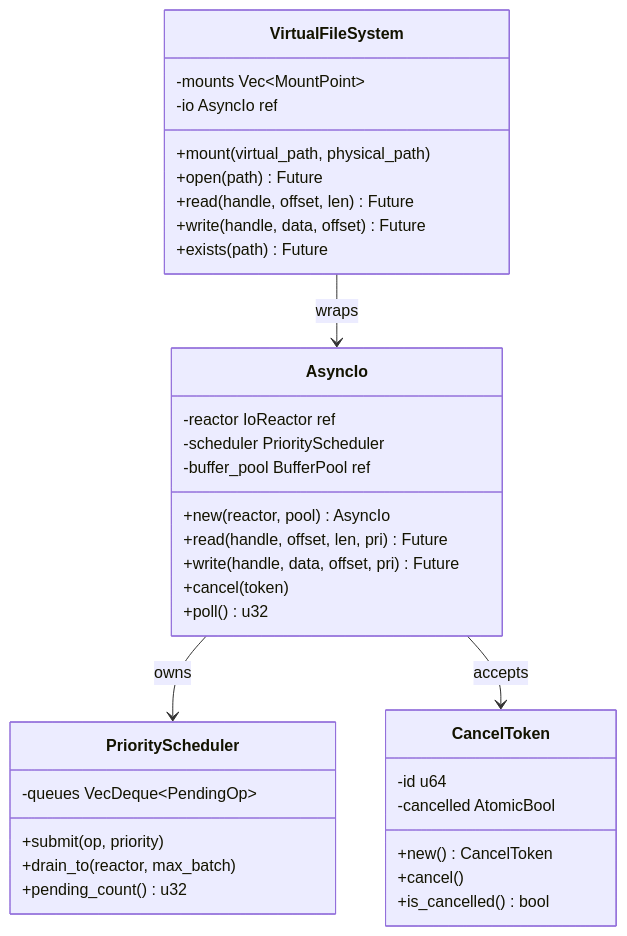
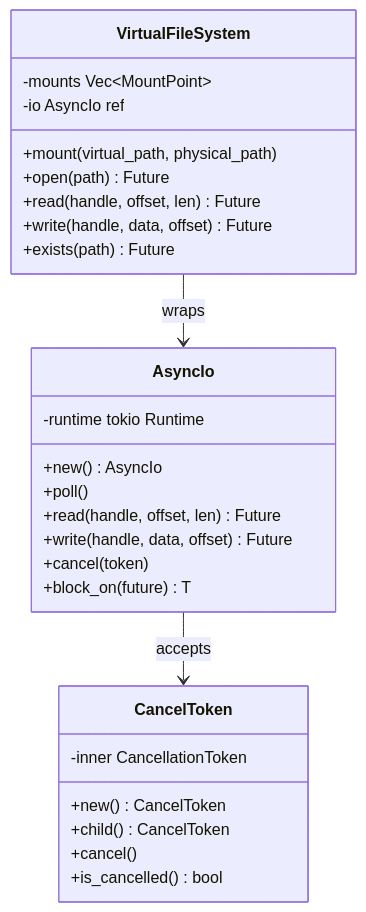
Before and after one commit to harmonius-dev/harmonius: the fifth of 7 diagrams in docs/design/core-runtime/memory-async-io.md, drawn with Mermaid. The commit also changed other lines of this file and 229 other files, not shown here.

````diff
--- a/docs/design/core-runtime/memory-async-io.md
+++ b/docs/design/core-runtime/memory-async-io.md
@@ -297,42 +294,33 @@
 ```mermaid
 classDiagram
     class AsyncIo {
-        -reactor IoReactor ref
-        -scheduler PriorityScheduler
-        -buffer_pool BufferPool ref
-        +new(reactor, pool) AsyncIo
-        +read(handle, offset, len, pri) Future
-        +write(handle, data, offset, pri) Future
+        -runtime tokio Runtime
+        +new() AsyncIo
+        +poll()
+        +read(handle, offset, len) Future
+        +write(handle, data, offset) Future
         +cancel(token)
-        +poll() u32
+        +block_on(future) T
     }
 
     class VirtualFileSystem {
         -mounts Vec~MountPoint~
         -io AsyncIo ref
         +mount(virtual_path, physical_path)
         +open(path) Future
         +read(handle, offset, len) Future
         +write(handle, data, offset) Future
         +exists(path) Future
     }
 
-    class PriorityScheduler {
-        -queues VecDeque~PendingOp~
-        +submit(op, priority)
-        +drain_to(reactor, max_batch)
-        +pending_count() u32
-    }
-
     class CancelToken {
-        -id u64
-        -cancelled AtomicBool
+        -inner CancellationToken
         +new() CancelToken
+        +child() CancelToken
         +cancel()
         +is_cancelled() bool
     }
 
-    AsyncIo --> PriorityScheduler : owns
     AsyncIo --> CancelToken : accepts
     VirtualFileSystem --> AsyncIo : wraps
 ```
````
